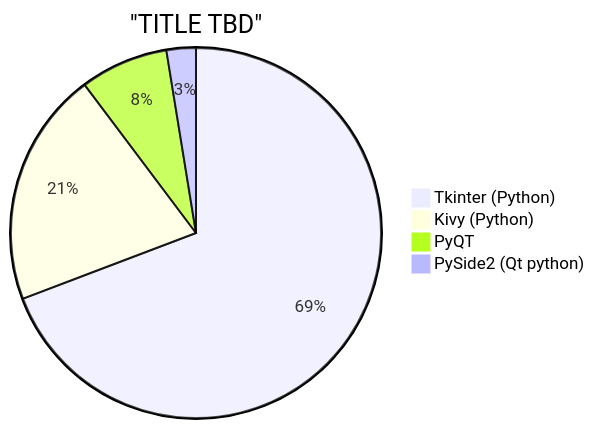
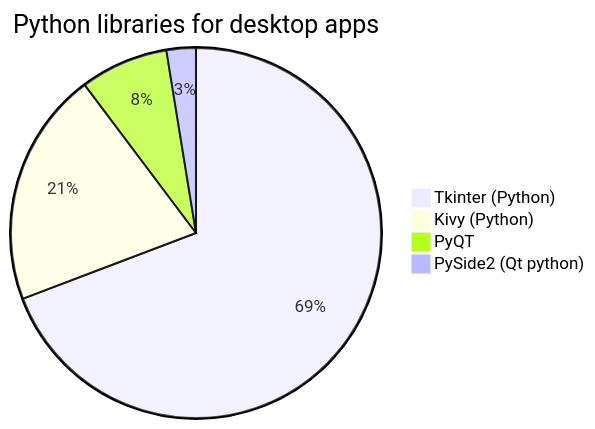
The sixth of 16 diagrams in website/docs/insights/technology-trends.md (Fcmam5/state-of-dz-swe-2024), drawn with Mermaid before and after one commit. The commit also changed other lines of this file and 5 other files, not shown here.

Commit message:
Fix charts; add new page

````diff
--- a/website/docs/insights/technology-trends.md
+++ b/website/docs/insights/technology-trends.md
@@ -107,8 +107,8 @@
 ```mermaid
 pie
-    title "TITLE TBD"
+    title Python libraries for desktop apps
     "Tkinter (Python)" : 27
     "Kivy (Python)" : 8
     "PyQT": 3
     "PySide2 (Qt python)": 1
 ```
````
